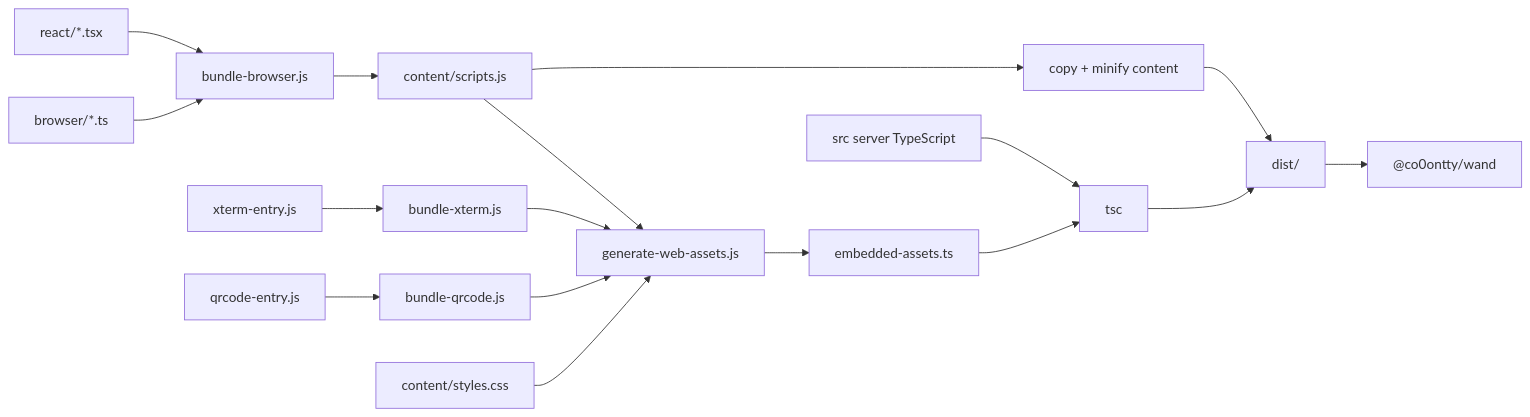
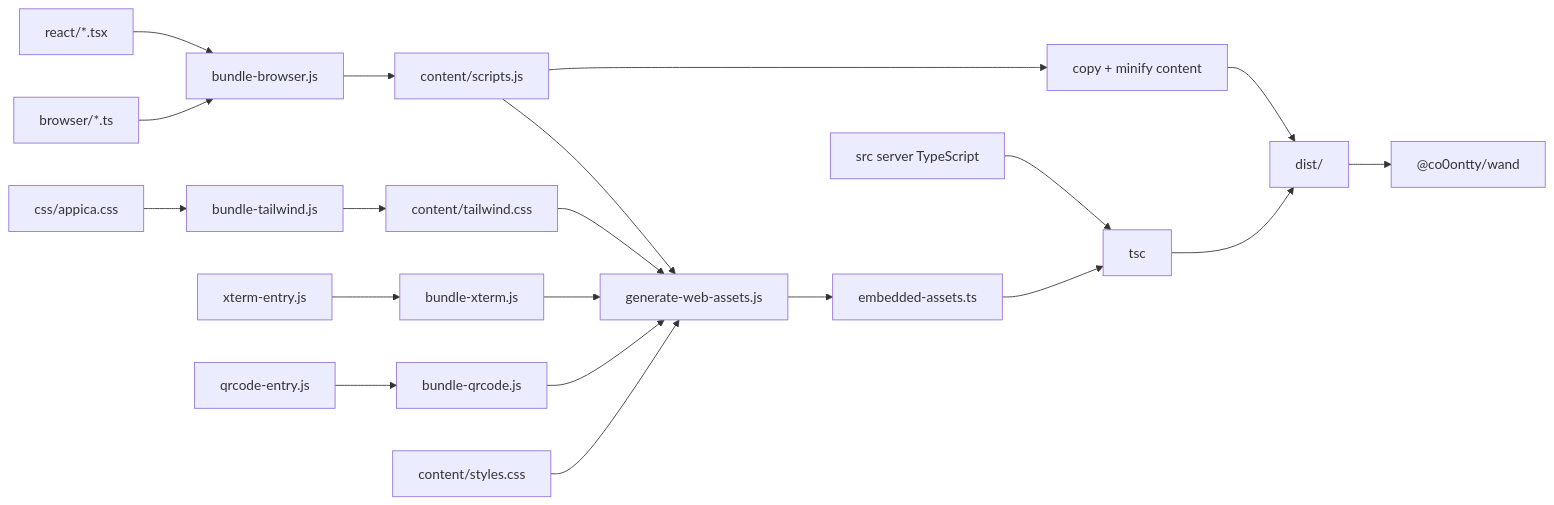
Before and after one commit to co0ontty/wand: the seventh of 7 diagrams in 架构图.md, drawn with Mermaid. The commit also changed other lines of this file and 3 other files, not shown here.

Commit message:
修正架构图过期描述并补齐孤立文档入口

````diff
--- a/架构图.md
+++ b/架构图.md
@@ -293,19 +293,22 @@
 ```mermaid
 flowchart LR
   BrowserTs[browser/*.ts] --> Bundle[bundle-browser.js]
   ReactTs[react/*.tsx] --> Bundle
   Bundle --> Scripts[content/scripts.js]
+  AppicaCss[css/appica.css] --> TailwindBundle[bundle-tailwind.js]
+  TailwindBundle --> Tailwind[content/tailwind.css]
   XtermSrc[xterm-entry.js] --> XtermBundle[bundle-xterm.js]
   QrSrc[qrcode-entry.js] --> QrBundle[bundle-qrcode.js]
   Scripts --> Embed[generate-web-assets.js]
   Css[content/styles.css] --> Embed
+  Tailwind --> Embed
   XtermBundle --> Embed
   QrBundle --> Embed
   Embed --> Embedded[embedded-assets.ts]
   ServerTs[src server TypeScript] --> Tsc[tsc]
   Embedded --> Tsc
   Tsc --> Dist[dist/]
   Scripts --> Copy[copy + minify content]
   Copy --> Dist
   Dist --> Npm["@co0ontty/wand"]
 ```
````
